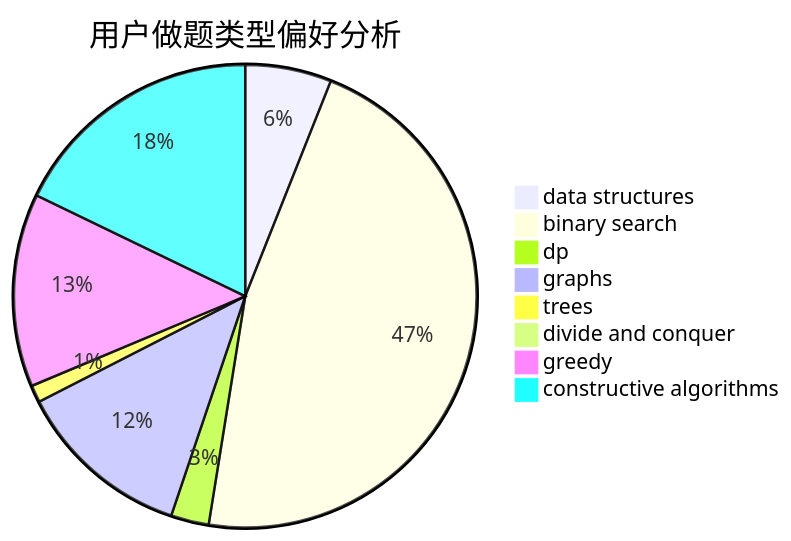
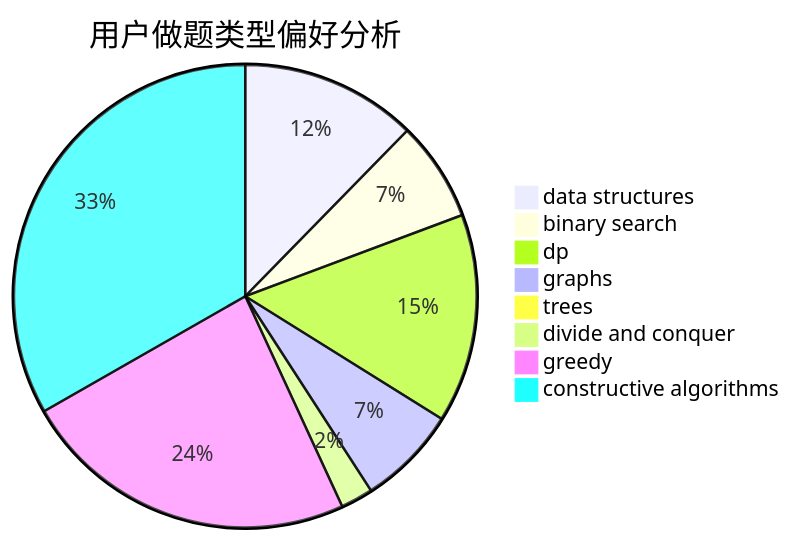
Before and after one commit to sherpahu/cfrs.github.io: the second of 3 diagrams in docs/user/u2150.md, drawn with Mermaid. The commit also changed other lines of this file and 2770 other files, not shown here.

````diff
--- a/docs/user/u2150.md
+++ b/docs/user/u2150.md
@@ -23,11 +23,11 @@
 ```mermaid
 pie title 用户做题类型偏好分析
-    "data structures" :  25
-    "binary search" :  193
-    "dp" :  11
-    "graphs" :  51
-    "trees" :  5
-    "divide and conquer" :  0
-    "greedy" :  56
-    "constructive algorithms" :  74
+    "data structures" :  60
+    "binary search" :  34
+    "dp" :  71
+    "graphs" :  34
+    "trees" :  2
+    "divide and conquer" :  11
+    "greedy" :  115
+    "constructive algorithms" :  162
 ```
````
